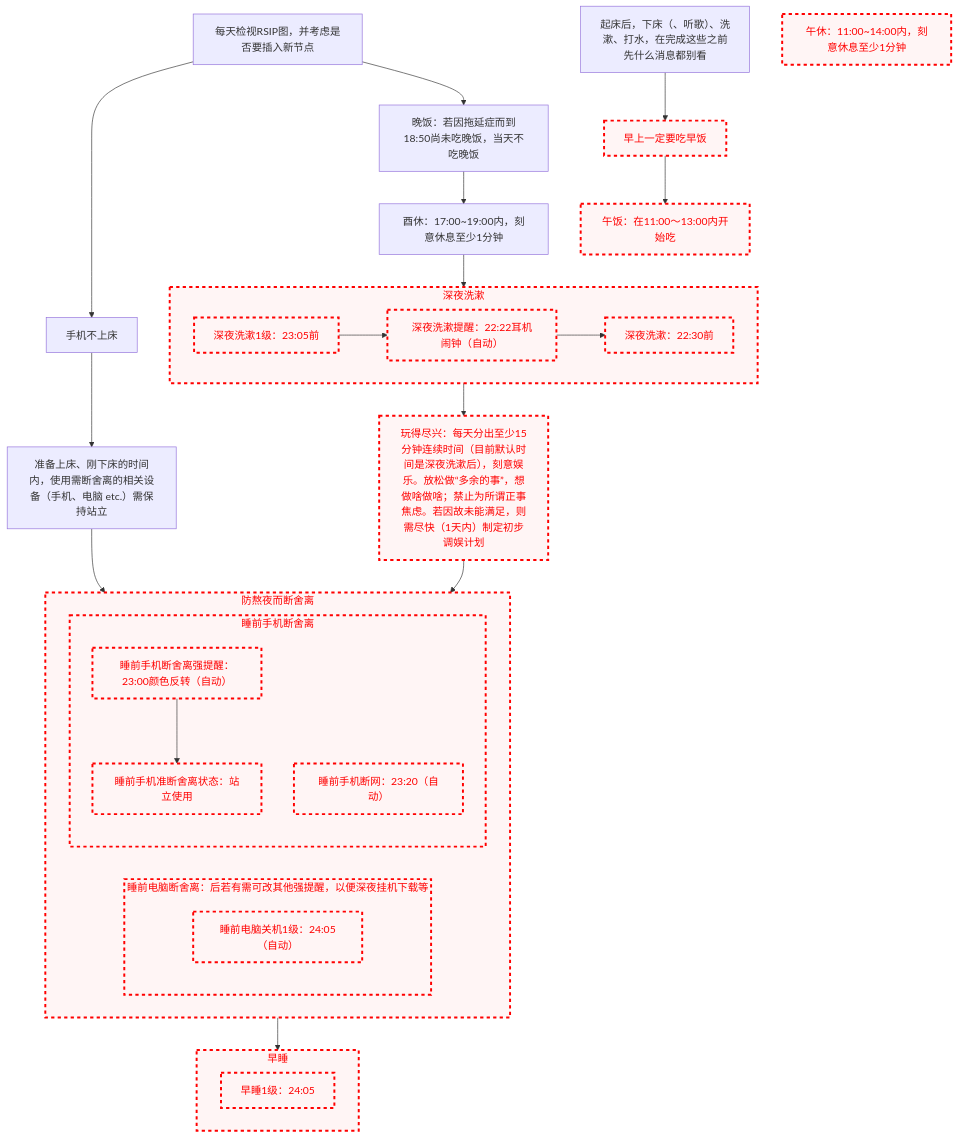
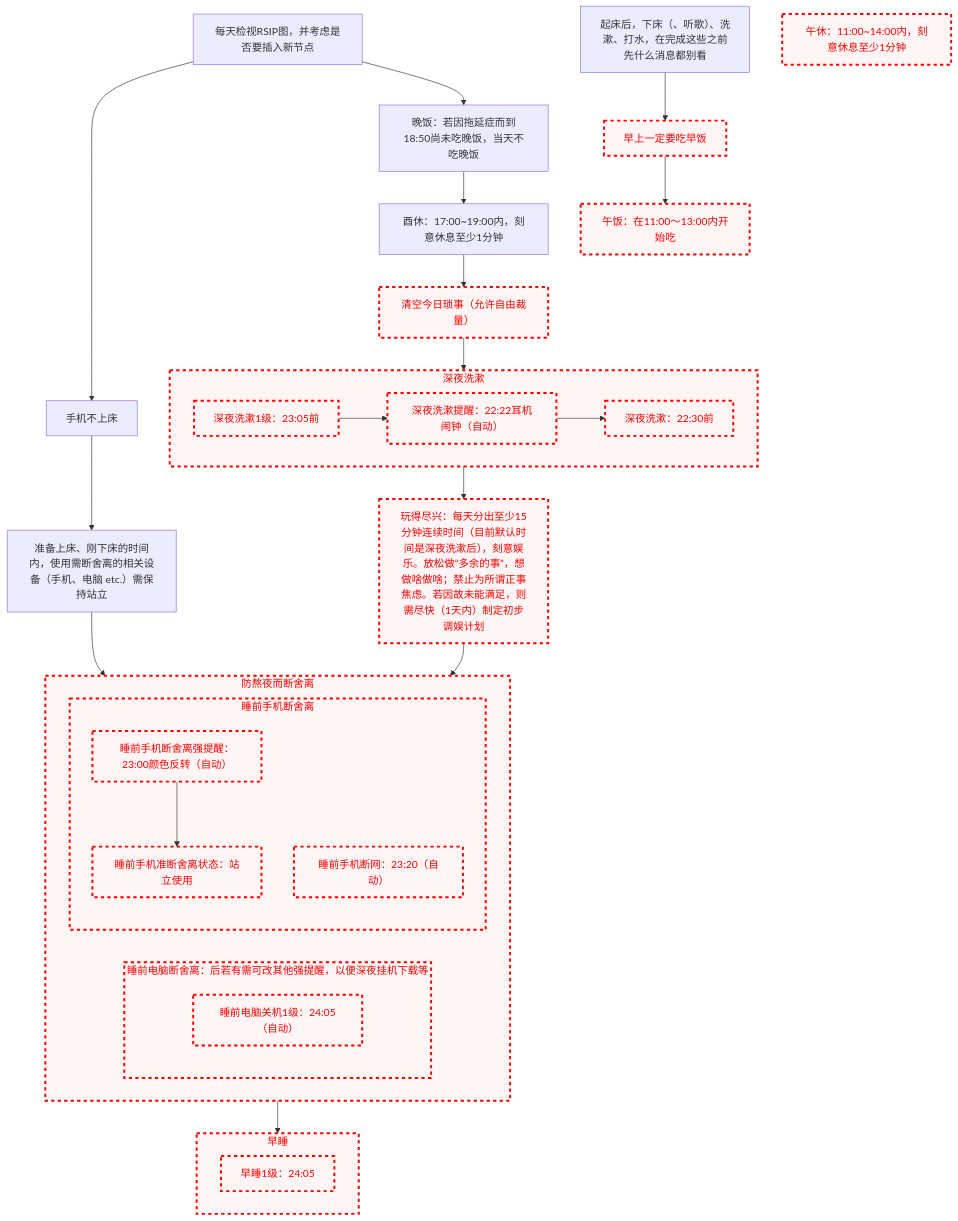
Before and after one commit to Ethkuil/RSIP-tree: the diagram in README.md, drawn with Mermaid.

Commit message:
insert 今日琐事

````diff
--- a/README.md
+++ b/README.md
@@ -14,64 +14,66 @@
 ```mermaid
 graph TD
 
 classDef failed stroke:#ff0000, stroke-width:3px, color:#ff0000, fill:#fff5f5, stroke-dasharray: 5
 
 RSIP[每天检视RSIP图，并考虑是否要插入新节点]
 
 
 RSIP --> 手机不上床
 手机不上床 --> 站立使用[准备上床、刚下床的时间内，使用需断舍离的相关设备（手机、电脑 etc.）需保持站立]
 
 RSIP --> 晚饭[晚饭：若因拖延症而到18:50尚未吃晚饭，当天不吃晚饭]
 晚饭 --> 酉休[酉休：17:00~19:00内，刻意休息至少1分钟]
-酉休 --> 深夜洗漱
+酉休 --> 今日琐事[清空今日琐事（允许自由裁量）]
+class 今日琐事 failed
+今日琐事 --> 深夜洗漱
 subgraph 深夜洗漱
   深夜洗漱1级[深夜洗漱1级：23:05前]
   class 深夜洗漱1级 failed
   深夜洗漱1级 --> 深夜洗漱提醒[深夜洗漱提醒：22:22耳机闹钟（自动）]
   class 深夜洗漱提醒 failed
   深夜洗漱提醒 --> 深夜洗漱最高级[深夜洗漱：22:30前]
   class 深夜洗漱最高级 failed
 end
 class 深夜洗漱 failed
 深夜洗漱 --> 玩得尽兴[玩得尽兴：每天分出至少15分钟连续时间（目前默认时间是深夜洗漱后），刻意娱乐。放松做“多余的事”，想做啥做啥；禁止为所谓正事焦虑。若因故未能满足，则需尽快（1天内）制定初步调娱计划]
 class 玩得尽兴 failed
 
 站立使用 --> 防熬夜而断舍离
 玩得尽兴 --> 防熬夜而断舍离
 subgraph 防熬夜而断舍离
   subgraph 睡前电脑断舍离[睡前电脑断舍离：后若有需可改其他强提醒，以便深夜挂机下载等]
     睡前电脑关机1级[睡前电脑关机1级：24:05（自动）]
     class 睡前电脑关机1级 failed
   end
   class 睡前电脑断舍离 failed
 
   subgraph 睡前手机断舍离
     睡前手机断舍离强提醒[睡前手机断舍离强提醒：23:00颜色反转（自动）]
     class 睡前手机断舍离强提醒 failed
     睡前手机断舍离强提醒 --> 睡前手机准断舍离状态[睡前手机准断舍离状态：站立使用]
     class 睡前手机准断舍离状态 failed
     睡前手机断网[睡前手机断网：23:20（自动）]
     class 睡前手机断网 failed
   end
   class 睡前手机断舍离 failed
 end
 class 防熬夜而断舍离 failed
 防熬夜而断舍离 --> 早睡
 subgraph 早睡
   早睡1级[早睡1级：24:05]
   class 早睡1级 failed
 end
 class 早睡 failed
 
 
 清晨洗漱[起床后，下床（、听歌）、洗漱、打水，在完成这些之前先什么消息都别看]
 
 清晨洗漱 --> 早饭[早上一定要吃早饭]
 class 早饭 failed
 早饭 --> 午饭[午饭：在11:00～13:00内开始吃]
 class 午饭 failed
 
 午休[午休：11:00~14:00内，刻意休息至少1分钟]
 class 午休 failed
 ```
````
